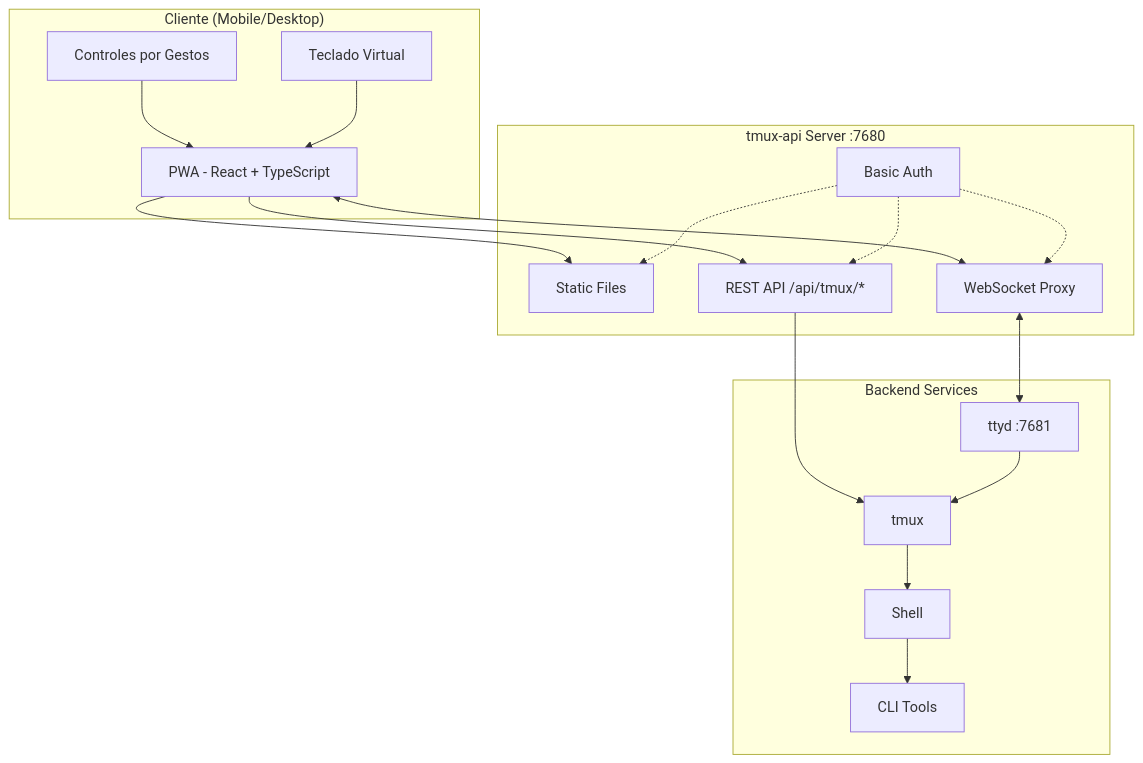
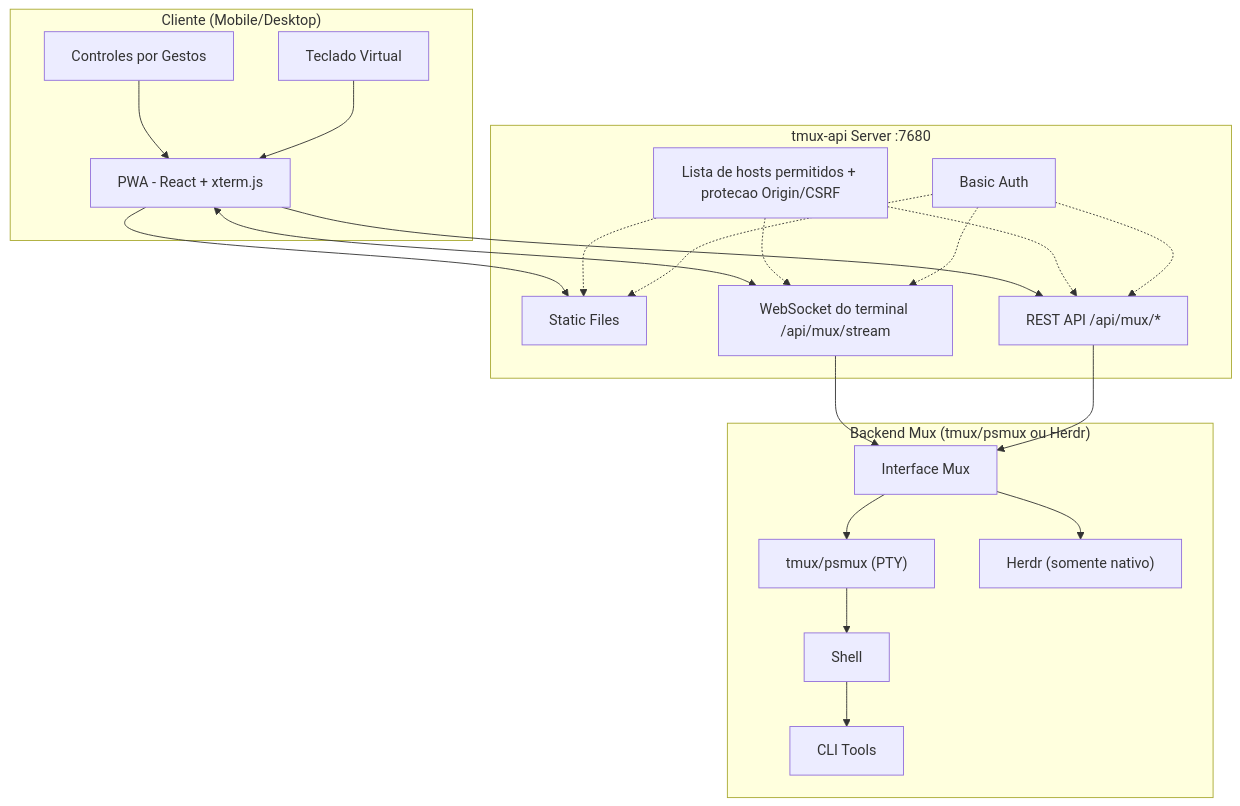
Before and after one commit to lamngockhuong/termote: the first of 2 diagrams in README.pt-BR.md, drawn with Mermaid. The commit also changed other lines of this file and 16 other files, not shown here.

````diff
--- a/README.pt-BR.md
+++ b/README.pt-BR.md
@@ -58,32 +59,36 @@
 ```mermaid
 flowchart TB
     subgraph Client["Cliente (Mobile/Desktop)"]
-        PWA["PWA - React + TypeScript"]
+        PWA["PWA - React + xterm.js"]
         Gestures["Controles por Gestos"]
         Keyboard["Teclado Virtual"]
     end
 
     subgraph Server["tmux-api Server :7680"]
         Static["Static Files"]
-        Proxy["WebSocket Proxy"]
-        API["REST API /api/tmux/*"]
+        Stream["WebSocket do terminal /api/mux/stream"]
+        API["REST API /api/mux/*"]
+        Guard["Lista de hosts permitidos + protecao Origin/CSRF"]
         Auth["Basic Auth"]
     end
 
-    subgraph Backend["Backend Services"]
-        ttyd["ttyd :7681"]
-        tmux["tmux"]
+    subgraph Backend["Backend Mux (tmux/psmux ou Herdr)"]
+        Mux["Interface Mux"]
+        tmux["tmux/psmux (PTY)"]
+        herdr["Herdr (somente nativo)"]
         Shell["Shell"]
         Tools["CLI Tools"]
     end
 
     Gestures --> PWA
     Keyboard --> PWA
     PWA --> Static
-    PWA <--> Proxy
+    PWA <--> Stream
     PWA --> API
-    Auth -.-> Static & Proxy & API
-    Proxy <--> ttyd
-    API --> tmux
-    ttyd --> tmux --> Shell --> Tools
+    Guard -.-> Static & Stream & API
+    Auth -.-> Static & Stream & API
+    Stream --> Mux
+    API --> Mux
+    Mux --> tmux & herdr
+    tmux --> Shell --> Tools
 ```
````
